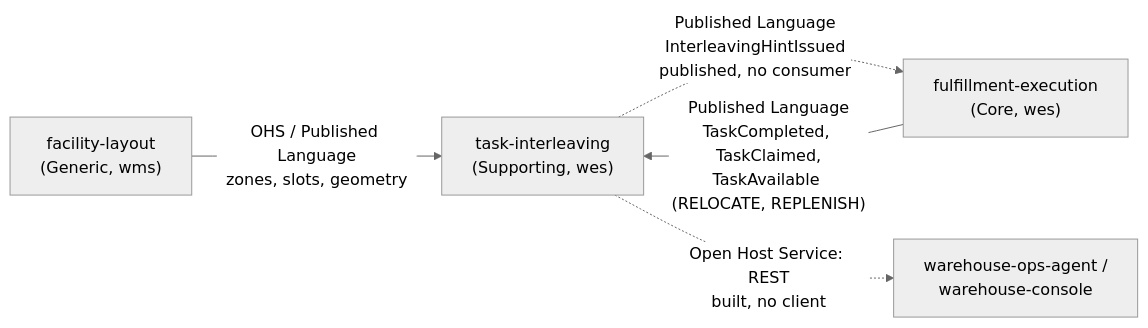
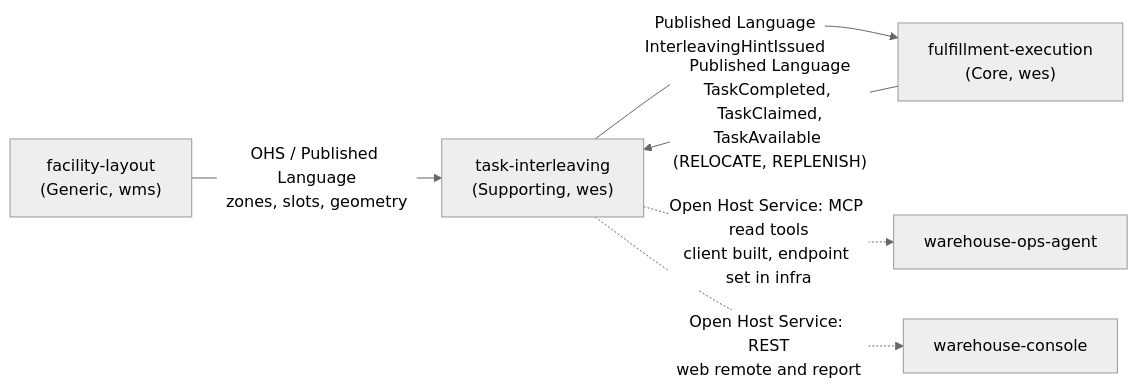
Before and after one commit to IQVO/task-interleaving: the diagram in docs/docs/ddd/context-map.md, drawn with Mermaid (neutral theme). The commit also changed other lines of this file and 12 other files, not shown here.

````diff
--- a/docs/docs/ddd/context-map.md
+++ b/docs/docs/ddd/context-map.md
@@ -16,11 +16,13 @@
 ```mermaid
 flowchart LR
     FL["facility-layout<br/>(Generic, wms)"]
     FE["fulfillment-execution<br/>(Core, wes)"]
     TI["task-interleaving<br/>(Supporting, wes)"]
-    OA["warehouse-ops-agent /<br/>warehouse-console"]
+    OA["warehouse-ops-agent"]
+    CO["warehouse-console"]
     FL -- "OHS / Published Language<br/>zones, slots, geometry" --> TI
     FE -- "Published Language<br/>TaskCompleted, TaskClaimed,<br/>TaskAvailable (RELOCATE, REPLENISH)" --> TI
-    TI -. "Published Language<br/>InterleavingHintIssued<br/>published, no consumer" .-> FE
-    TI -. "Open Host Service: REST<br/>built, no client" .-> OA
+    TI -- "Published Language<br/>InterleavingHintIssued" --> FE
+    TI -. "Open Host Service: MCP read tools<br/>client built, endpoint set in infra" .-> OA
+    TI -. "Open Host Service: REST<br/>web remote and report" .-> CO
 ```
````
